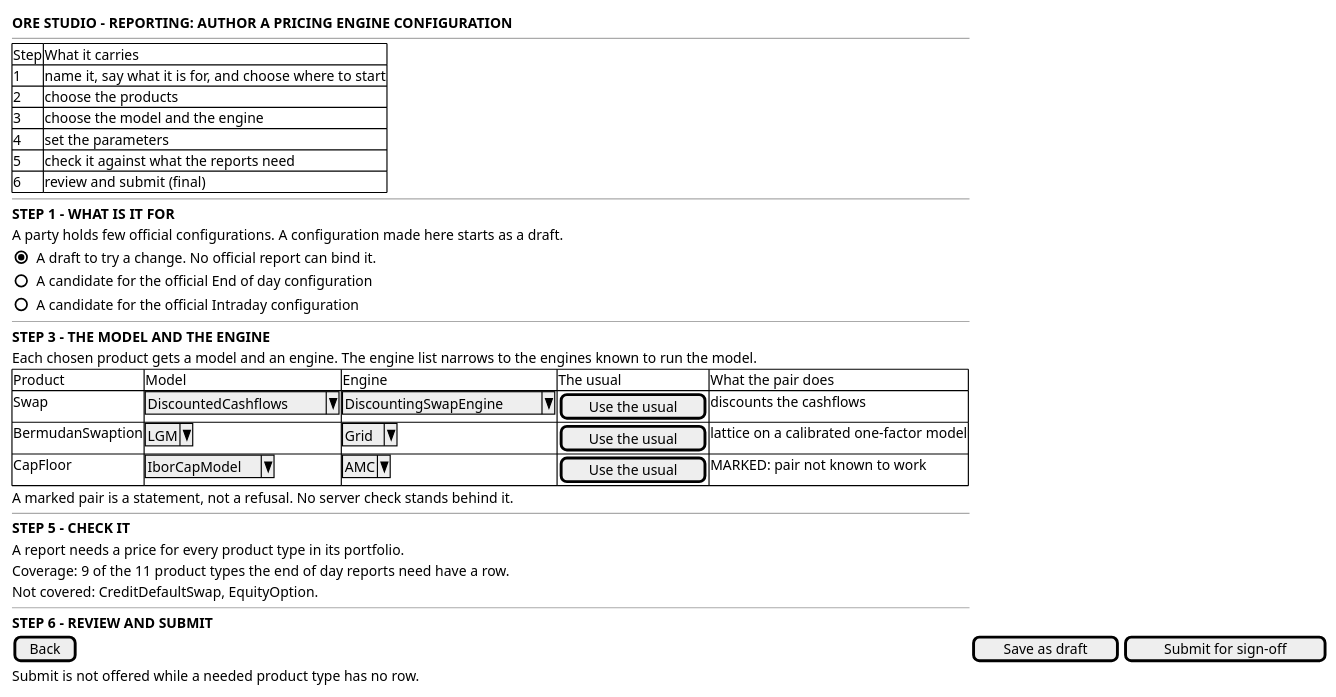
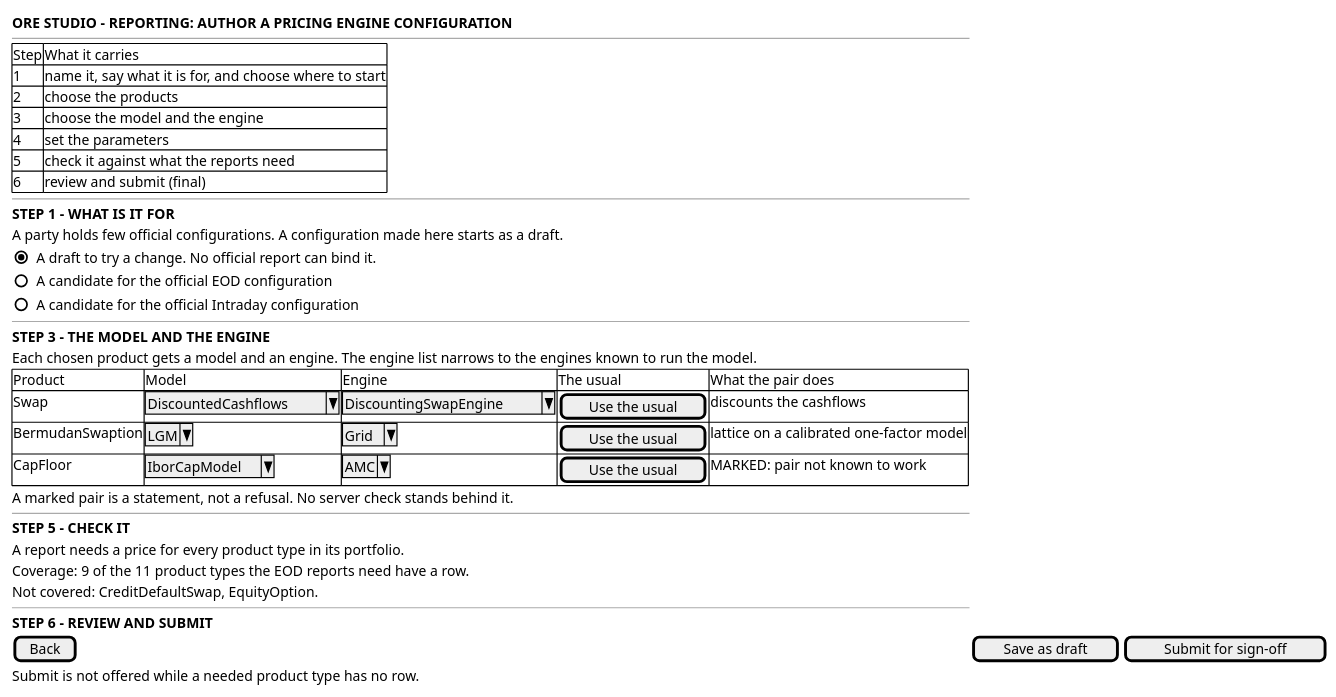
The diagram in doc/knowledge/journeys/reporting/wireframe_author_a_pricing_engine_configuration.puml (OreStudio/OreStudio), drawn with PlantUML before and after one commit. The commit also changed 26 other files, not shown here.

```diff
--- a/doc/knowledge/journeys/reporting/wireframe_author_a_pricing_engine_configuration.puml
+++ b/doc/knowledge/journeys/reporting/wireframe_author_a_pricing_engine_configuration.puml
@@ -18,43 +18,43 @@
 @startuml
 
 salt
 {
   <b>ORE STUDIO - REPORTING: AUTHOR A PRICING ENGINE CONFIGURATION</b>
   --
   {#
     Step | What it carries
     1 | name it, say what it is for, and choose where to start
     2 | choose the products
     3 | choose the model and the engine
     4 | set the parameters
     5 | check it against what the reports need
     6 | review and submit (final)
   }
   --
   <b>STEP 1 - WHAT IS IT FOR</b>
   A party holds few official configurations. A configuration made here starts as a draft.
   { (X) A draft to try a change. No official report can bind it. }
-  { ( ) A candidate for the official End of day configuration }
+  { ( ) A candidate for the official EOD configuration }
   { ( ) A candidate for the official Intraday configuration }
   --
   <b>STEP 3 - THE MODEL AND THE ENGINE</b>
   Each chosen product gets a model and an engine. The engine list narrows to the engines known to run the model.
   {#
     Product | Model | Engine | The usual | What the pair does
     Swap | ^DiscountedCashflows^ | ^DiscountingSwapEngine^ | [ Use the usual ] | discounts the cashflows
     BermudanSwaption | ^LGM^ | ^Grid^ | [ Use the usual ] | lattice on a calibrated one-factor model
     CapFloor | ^IborCapModel^ | ^AMC^ | [ Use the usual ] | MARKED: pair not known to work
   }
   A marked pair is a statement, not a refusal. No server check stands behind it.
   --
   <b>STEP 5 - CHECK IT</b>
   A report needs a price for every product type in its portfolio.
-  Coverage: 9 of the 11 product types the end of day reports need have a row.
+  Coverage: 9 of the 11 product types the EOD reports need have a row.
   Not covered: CreditDefaultSwap, EquityOption.
   --
   <b>STEP 6 - REVIEW AND SUBMIT</b>
   [ Back ] | [ Save as draft ] | [ Submit for sign-off ]
   Submit is not offered while a needed product type has no row.
 }
 
 @enduml
```
